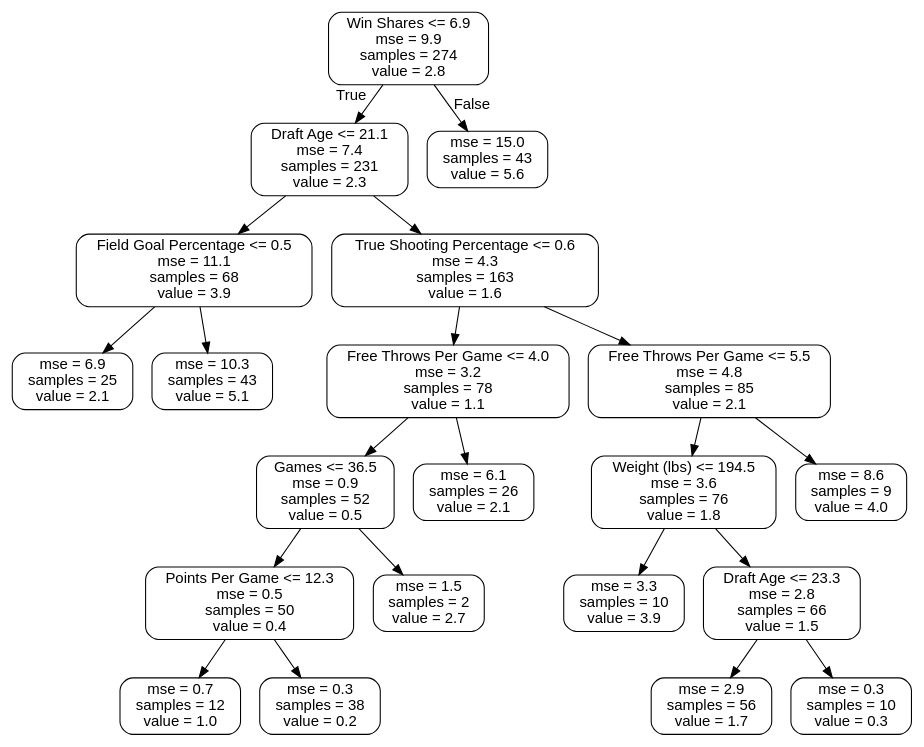
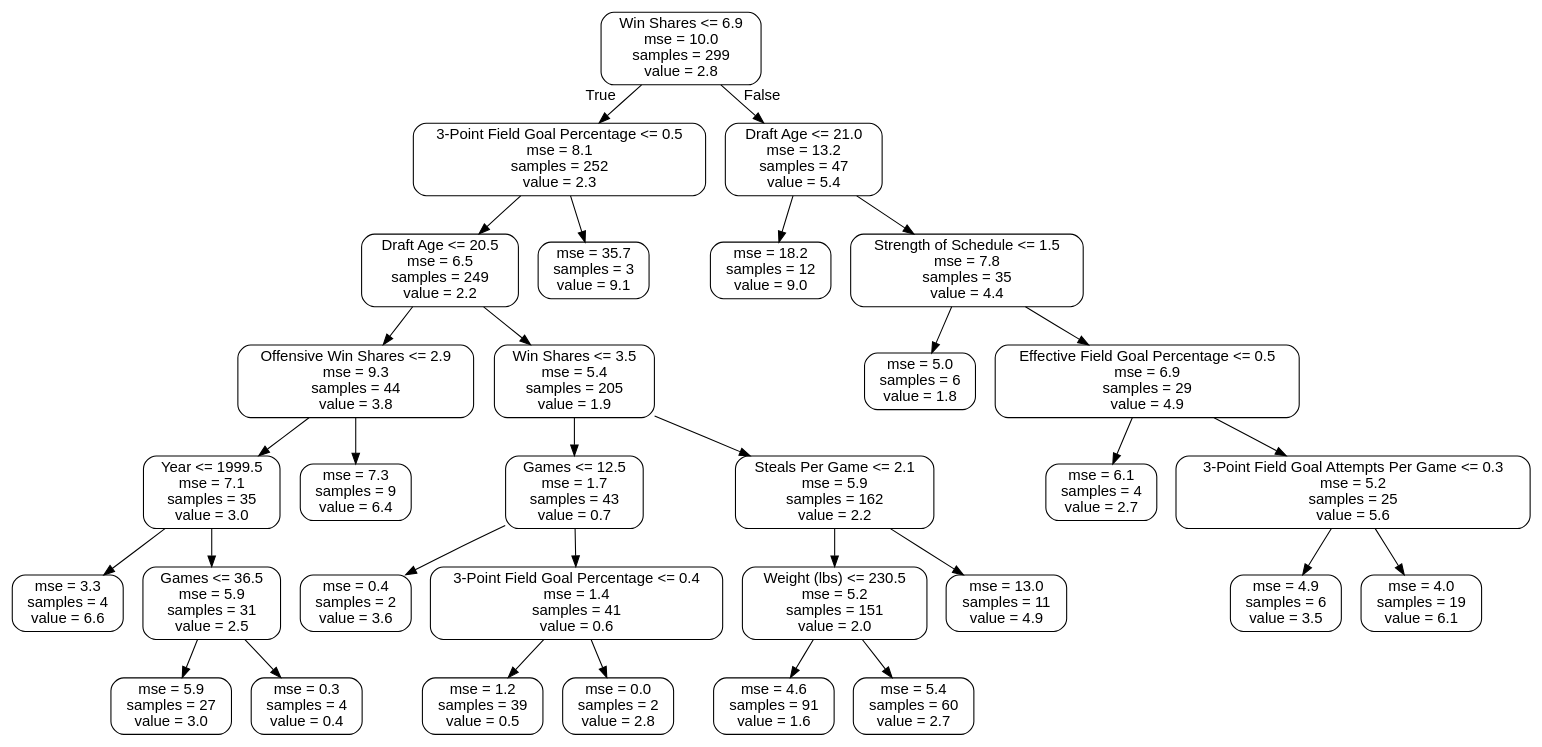
Before and after one commit to aagibbons/NBA_WS_ML: the diagram in tree3.dot, drawn with Graphviz. The commit also changed 3 other files, not shown here.

```diff
--- a/tree3.dot
+++ b/tree3.dot
@@ -1,45 +1,65 @@
 digraph Tree {
 node [shape=box, style="rounded", color="black", fontname=helvetica] ;
 edge [fontname=helvetica] ;
-0 [label="Win Shares <= 6.9\nmse = 9.9\nsamples = 274\nvalue = 2.8"] ;
-1 [label="Draft Age <= 21.1\nmse = 7.4\nsamples = 231\nvalue = 2.3"] ;
+0 [label="Win Shares <= 6.9\nmse = 10.0\nsamples = 299\nvalue = 2.8"] ;
+1 [label="3-Point Field Goal Percentage <= 0.5\nmse = 8.1\nsamples = 252\nvalue = 2.3"] ;
 0 -> 1 [labeldistance=2.5, labelangle=45, headlabel="True"] ;
-2 [label="Field Goal Percentage <= 0.5\nmse = 11.1\nsamples = 68\nvalue = 3.9"] ;
+2 [label="Draft Age <= 20.5\nmse = 6.5\nsamples = 249\nvalue = 2.2"] ;
 1 -> 2 ;
-3 [label="mse = 6.9\nsamples = 25\nvalue = 2.1"] ;
+3 [label="Offensive Win Shares <= 2.9\nmse = 9.3\nsamples = 44\nvalue = 3.8"] ;
 2 -> 3 ;
-4 [label="mse = 10.3\nsamples = 43\nvalue = 5.1"] ;
-2 -> 4 ;
-5 [label="True Shooting Percentage <= 0.6\nmse = 4.3\nsamples = 163\nvalue = 1.6"] ;
-1 -> 5 ;
-6 [label="Free Throws Per Game <= 4.0\nmse = 3.2\nsamples = 78\nvalue = 1.1"] ;
-5 -> 6 ;
-7 [label="Games <= 36.5\nmse = 0.9\nsamples = 52\nvalue = 0.5"] ;
+4 [label="Year <= 1999.5\nmse = 7.1\nsamples = 35\nvalue = 3.0"] ;
+3 -> 4 ;
+5 [label="mse = 3.3\nsamples = 4\nvalue = 6.6"] ;
+4 -> 5 ;
+6 [label="Games <= 36.5\nmse = 5.9\nsamples = 31\nvalue = 2.5"] ;
+4 -> 6 ;
+7 [label="mse = 5.9\nsamples = 27\nvalue = 3.0"] ;
 6 -> 7 ;
-8 [label="Points Per Game <= 12.3\nmse = 0.5\nsamples = 50\nvalue = 0.4"] ;
-7 -> 8 ;
-9 [label="mse = 0.7\nsamples = 12\nvalue = 1.0"] ;
-8 -> 9 ;
-10 [label="mse = 0.3\nsamples = 38\nvalue = 0.2"] ;
-8 -> 10 ;
-11 [label="mse = 1.5\nsamples = 2\nvalue = 2.7"] ;
-7 -> 11 ;
-12 [label="mse = 6.1\nsamples = 26\nvalue = 2.1"] ;
-6 -> 12 ;
-13 [label="Free Throws Per Game <= 5.5\nmse = 4.8\nsamples = 85\nvalue = 2.1"] ;
-5 -> 13 ;
-14 [label="Weight (lbs) <= 194.5\nmse = 3.6\nsamples = 76\nvalue = 1.8"] ;
+8 [label="mse = 0.3\nsamples = 4\nvalue = 0.4"] ;
+6 -> 8 ;
+9 [label="mse = 7.3\nsamples = 9\nvalue = 6.4"] ;
+3 -> 9 ;
+10 [label="Win Shares <= 3.5\nmse = 5.4\nsamples = 205\nvalue = 1.9"] ;
+2 -> 10 ;
+11 [label="Games <= 12.5\nmse = 1.7\nsamples = 43\nvalue = 0.7"] ;
+10 -> 11 ;
+12 [label="mse = 0.4\nsamples = 2\nvalue = 3.6"] ;
+11 -> 12 ;
+13 [label="3-Point Field Goal Percentage <= 0.4\nmse = 1.4\nsamples = 41\nvalue = 0.6"] ;
+11 -> 13 ;
+14 [label="mse = 1.2\nsamples = 39\nvalue = 0.5"] ;
 13 -> 14 ;
-15 [label="mse = 3.3\nsamples = 10\nvalue = 3.9"] ;
-14 -> 15 ;
-16 [label="Draft Age <= 23.3\nmse = 2.8\nsamples = 66\nvalue = 1.5"] ;
-14 -> 16 ;
-17 [label="mse = 2.9\nsamples = 56\nvalue = 1.7"] ;
+15 [label="mse = 0.0\nsamples = 2\nvalue = 2.8"] ;
+13 -> 15 ;
+16 [label="Steals Per Game <= 2.1\nmse = 5.9\nsamples = 162\nvalue = 2.2"] ;
+10 -> 16 ;
+17 [label="Weight (lbs) <= 230.5\nmse = 5.2\nsamples = 151\nvalue = 2.0"] ;
 16 -> 17 ;
-18 [label="mse = 0.3\nsamples = 10\nvalue = 0.3"] ;
-16 -> 18 ;
-19 [label="mse = 8.6\nsamples = 9\nvalue = 4.0"] ;
-13 -> 19 ;
-20 [label="mse = 15.0\nsamples = 43\nvalue = 5.6"] ;
-0 -> 20 [labeldistance=2.5, labelangle=-45, headlabel="False"] ;
+18 [label="mse = 4.6\nsamples = 91\nvalue = 1.6"] ;
+17 -> 18 ;
+19 [label="mse = 5.4\nsamples = 60\nvalue = 2.7"] ;
+17 -> 19 ;
+20 [label="mse = 13.0\nsamples = 11\nvalue = 4.9"] ;
+16 -> 20 ;
+21 [label="mse = 35.7\nsamples = 3\nvalue = 9.1"] ;
+1 -> 21 ;
+22 [label="Draft Age <= 21.0\nmse = 13.2\nsamples = 47\nvalue = 5.4"] ;
+0 -> 22 [labeldistance=2.5, labelangle=-45, headlabel="False"] ;
+23 [label="mse = 18.2\nsamples = 12\nvalue = 9.0"] ;
+22 -> 23 ;
+24 [label="Strength of Schedule <= 1.5\nmse = 7.8\nsamples = 35\nvalue = 4.4"] ;
+22 -> 24 ;
+25 [label="mse = 5.0\nsamples = 6\nvalue = 1.8"] ;
+24 -> 25 ;
+26 [label="Effective Field Goal Percentage <= 0.5\nmse = 6.9\nsamples = 29\nvalue = 4.9"] ;
+24 -> 26 ;
+27 [label="mse = 6.1\nsamples = 4\nvalue = 2.7"] ;
+26 -> 27 ;
+28 [label="3-Point Field Goal Attempts Per Game <= 0.3\nmse = 5.2\nsamples = 25\nvalue = 5.6"] ;
+26 -> 28 ;
+29 [label="mse = 4.9\nsamples = 6\nvalue = 3.5"] ;
+28 -> 29 ;
+30 [label="mse = 4.0\nsamples = 19\nvalue = 6.1"] ;
+28 -> 30 ;
 }
```
